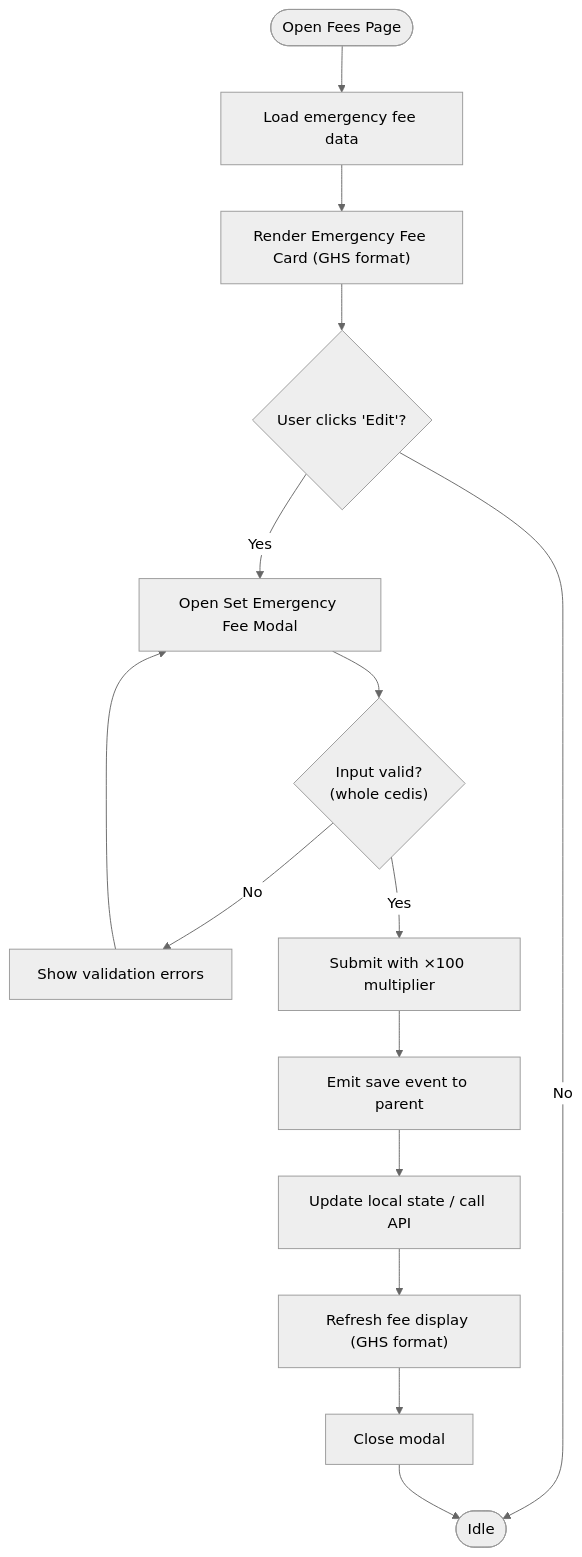
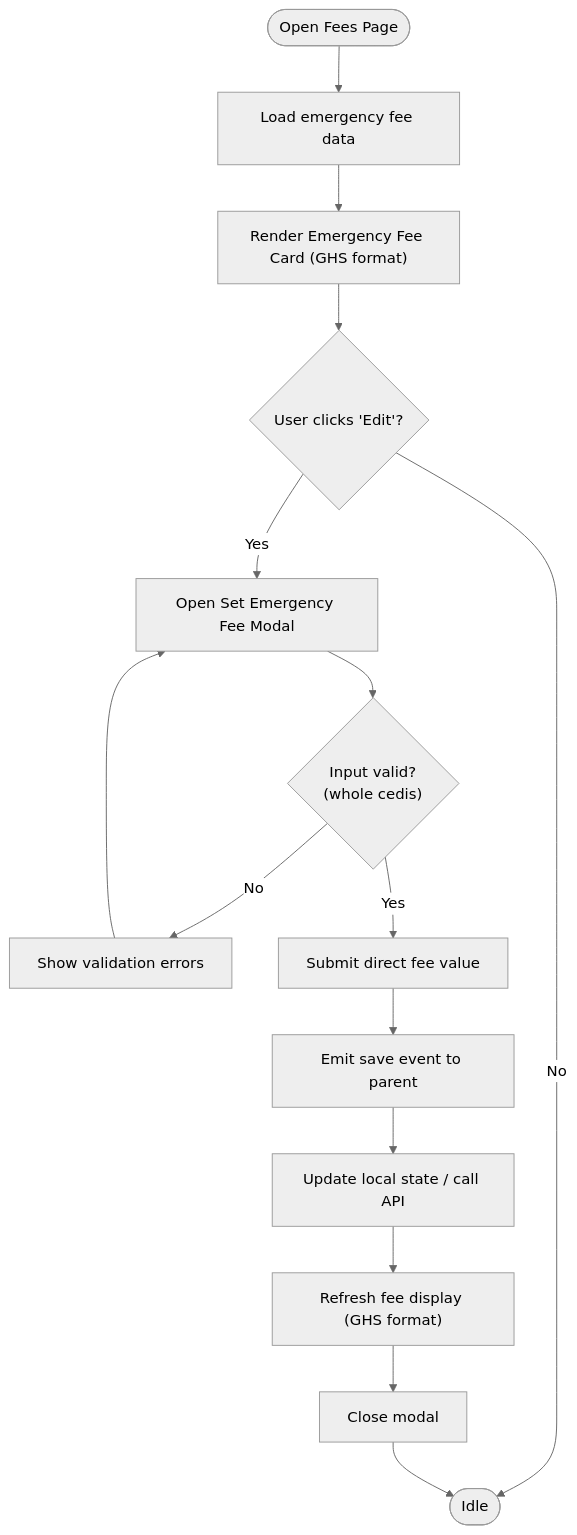
One commit to Lazynerd-Studios/lacarte-atlas-console changed the fifth of 7 diagrams in .qoder/repowiki/en/content/Business Modules/Emergency Fee Management.md. Above: the diagram before and after it, drawn with Mermaid (neutral theme). The commit also changed other lines of this file and 32 other files, not shown here.

````diff
--- a/.qoder/repowiki/en/content/Business Modules/Emergency Fee Management.md
+++ b/.qoder/repowiki/en/content/Business Modules/Emergency Fee Management.md
@@ -222,17 +219,17 @@
 ```mermaid
 flowchart TD
 Start(["Open Fees Page"]) --> LoadData["Load emergency fee data"]
 LoadData --> RenderCard["Render Emergency Fee Card (GHS format)"]
 RenderCard --> WaitAction{"User clicks 'Edit'?"}
 WaitAction --> |No| End(["Idle"])
 WaitAction --> |Yes| OpenModal["Open Set Emergency Fee Modal"]
 OpenModal --> InputValid{"Input valid?<br/>(whole cedis)"}
 InputValid --> |No| ShowErrors["Show validation errors"]
 ShowErrors --> OpenModal
-InputValid --> |Yes| SubmitFee["Submit with ×100 multiplier"]
+InputValid --> |Yes| SubmitFee["Submit direct fee value"]
 SubmitFee --> SaveFee["Emit save event to parent"]
 SaveFee --> UpdateState["Update local state / call API"]
 UpdateState --> Refresh["Refresh fee display (GHS format)"]
 Refresh --> CloseModal["Close modal"]
 CloseModal --> End
 ```
````
